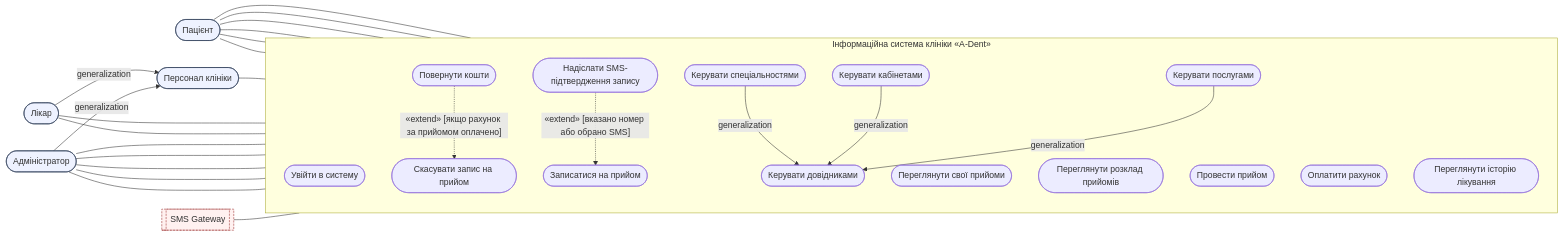
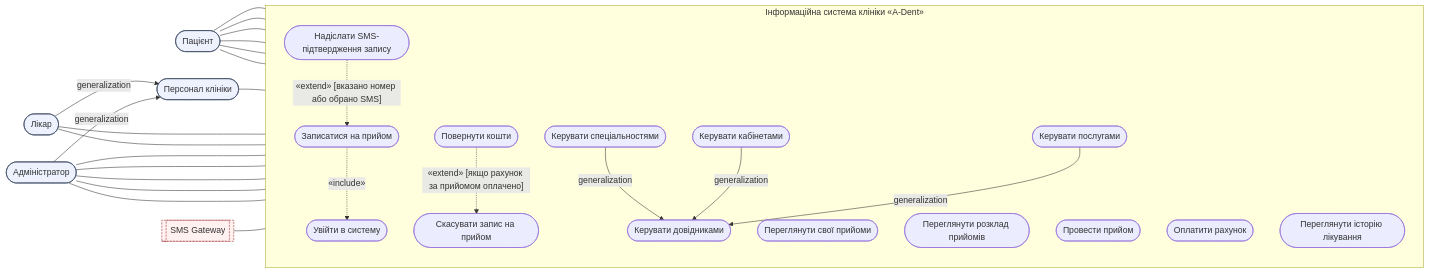
The diagram in use-case-diagram.mmd (dvsqwx/KPI), drawn with Mermaid before and after one commit.

Commit message:
add UC1 to UC0 include relation

```diff
--- a/use-case-diagram.mmd
+++ b/use-case-diagram.mmd
@@ -1,79 +1,82 @@
 %% Use Case діаграма — «Приватна стоматологічна клініка A-Dent»
 %% Примітка щодо нотації: Mermaid не має єдиної стабільної across-renderer нотації
 %% класичного UML use-case (порожній трикутник генералізації, людські акторні "стіки").
 %% Тому діаграма побудована на flowchart, що гарантовано рендериться в будь-якій версії Mermaid:
 %%   - актори-люди: заокруглений прямокутник (stadium), клас actorHuman
 %%   - зовнішня система (SMS Gateway): подвійна рамка (subroutine), клас actorSystem, пунктирна межа
 %%   - use case: овал (stadium) всередині підсистеми SYS
 %%   - асоціація актор–use case: звичайна лінія без стрілки
 %%   - «include»: пунктирна стрілка з підписом «include», від базового UC до включеного
 %%   - «extend»: пунктирна стрілка з підписом «extend», від розширення до базового UC
 %%   - генералізація: суцільна стрілка з підписом "generalization" (наближення — замінює порожній трикутник)
 
 flowchart LR
 
     %% ===== Актори =====
     Patient(["Пацієнт"]):::actorHuman
     Doctor(["Лікар"]):::actorHuman
     Admin(["Адміністратор"]):::actorHuman
     Staff(["Персонал клініки"]):::actorHuman
     SMSGateway[["SMS Gateway"]]:::actorSystem
 
     %% Генералізація акторів: Лікар і Адміністратор — спеціалізації Персоналу клініки
     Doctor -->|"generalization"| Staff
     Admin -->|"generalization"| Staff
 
     %% ===== Межа системи =====
     subgraph SYS["Інформаційна система клініки «A-Dent»"]
         direction TB
 
         UC0(["Увійти в систему"])
 
         UC1(["Записатися на прийом"])
         UC2(["Переглянути свої прийоми"])
         UC3(["Скасувати запис на прийом"])
         UC4(["Переглянути розклад прийомів"])
         UC5(["Провести прийом"])
         UC7(["Оплатити рахунок"])
         UC9(["Повернути кошти"])
         UC10(["Надіслати SMS-підтвердження запису"])
         UC11(["Переглянути історію лікування"])
 
         UC12(["Керувати довідниками"])
         UC12a(["Керувати спеціальностями"])
         UC12b(["Керувати кабінетами"])
         UC12c(["Керувати послугами"])
     end
 
     %% ===== Асоціації: Пацієнт =====
     Patient --- UC0
     Patient --- UC1
     Patient --- UC2
     Patient --- UC3
     Patient --- UC7
     Patient --- UC11
 
     %% ===== Асоціації: успадковано через Staff, плюс власні =====
     Staff --- UC0
     Doctor --- UC4
     Doctor --- UC5
     Admin --- UC1
     Admin --- UC3
     Admin --- UC4
     Admin --- UC9
     Admin --- UC12
 
     %% ===== Асоціація: зовнішня система =====
     SMSGateway --- UC10
 
+    %% ===== Include (обов'язкове включення) =====
+    UC1 -.->|"«include»"| UC0
+
     %% ===== Extend (опційне розширення за умови) =====
     UC9 -.->|"«extend» [якщо рахунок за прийомом оплачено]"| UC3
     UC10 -.->|"«extend» [вказано номер або обрано SMS]"| UC1
 
     %% ===== Генералізація use cases =====
     UC12a -->|"generalization"| UC12
     UC12b -->|"generalization"| UC12
     UC12c -->|"generalization"| UC12
 
     classDef actorHuman fill:#eef2ff,stroke:#33415c,stroke-width:1px;
     classDef actorSystem fill:#fff1f0,stroke:#9b2c2c,stroke-width:1px,stroke-dasharray:4 2;
```
